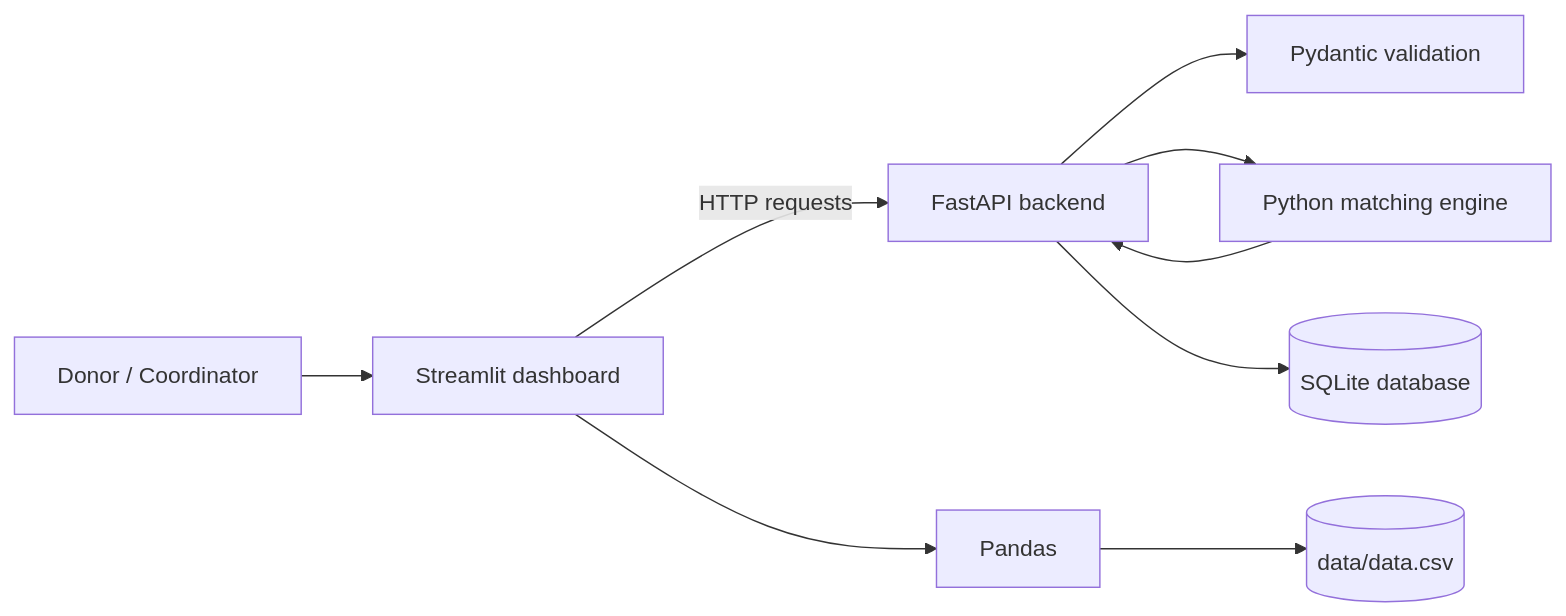
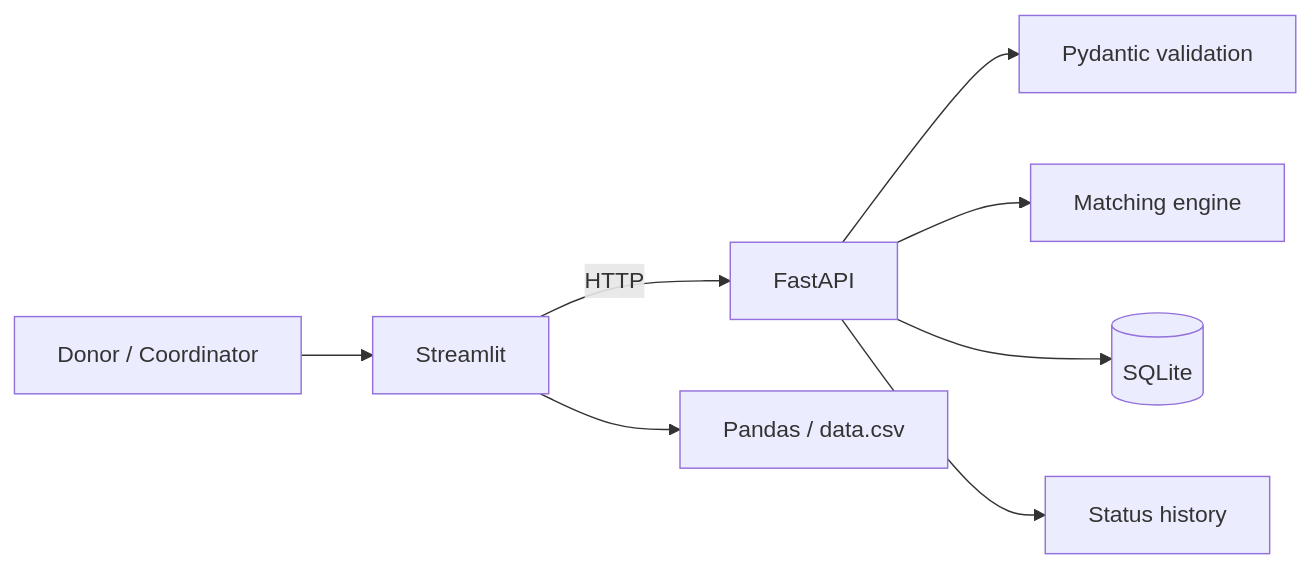
Before and after one commit to saniya-dogra/mess2meal: the second of 2 diagrams in README.md, drawn with Mermaid. The commit also changed other lines of this file, not shown here.

````diff
--- a/README.md
+++ b/README.md
@@ -113,11 +54,10 @@
 ```mermaid
 flowchart LR
-    U["Donor / Coordinator"] --> S["Streamlit dashboard"]
-    S -->|"HTTP requests"| A["FastAPI backend"]
-    A --> V["Pydantic validation"]
-    A --> M["Python matching engine"]
-    A --> D[("SQLite database")]
-    S --> P["Pandas"]
-    P --> C[("data/data.csv")]
-    M --> A
+  U[Donor / Coordinator] --> UI[Streamlit]
+  UI -->|HTTP| API[FastAPI]
+  API --> V[Pydantic validation]
+  API --> M[Matching engine]
+  API --> DB[(SQLite)]
+  API --> H[Status history]
+  UI --> CSV[Pandas / data.csv]
 ```
````
